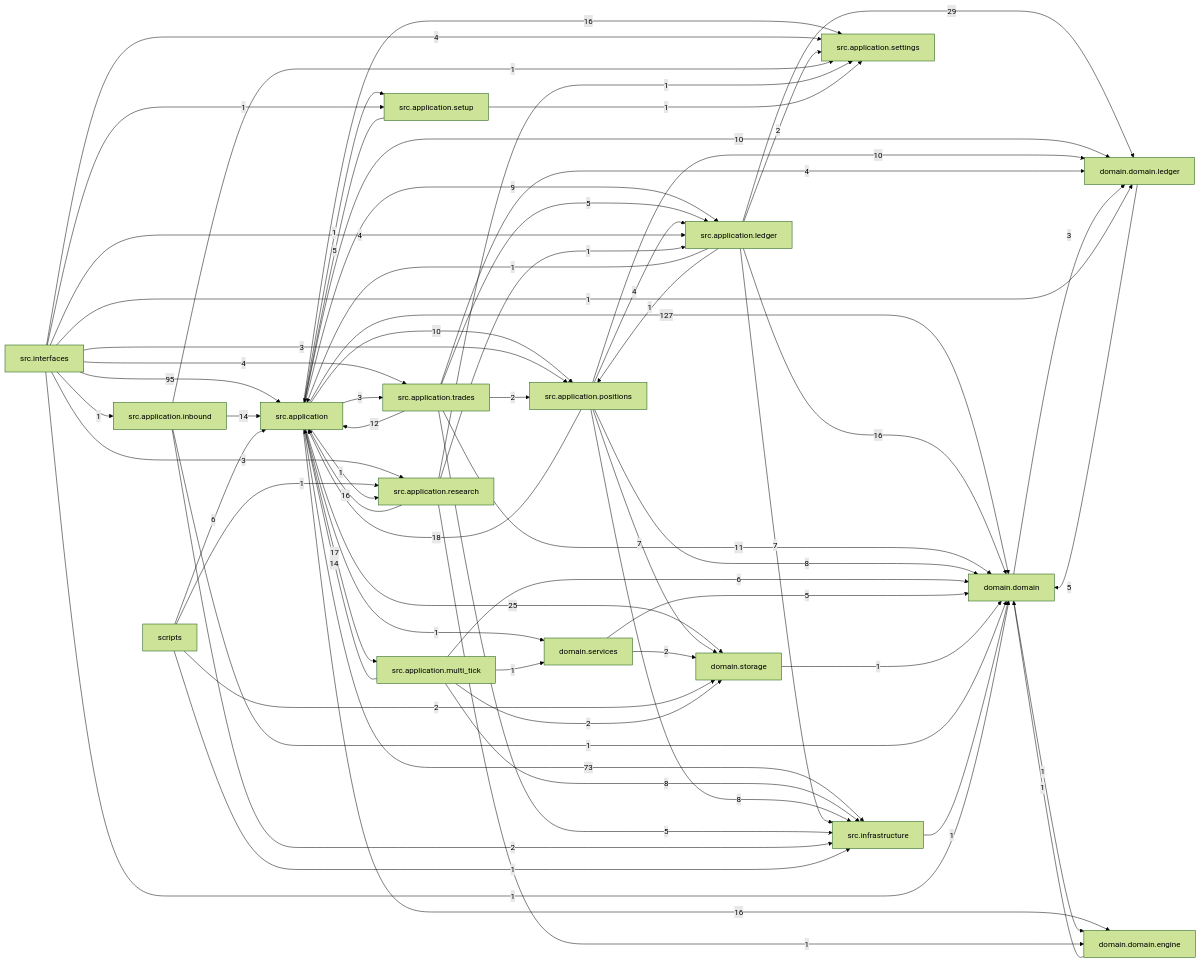
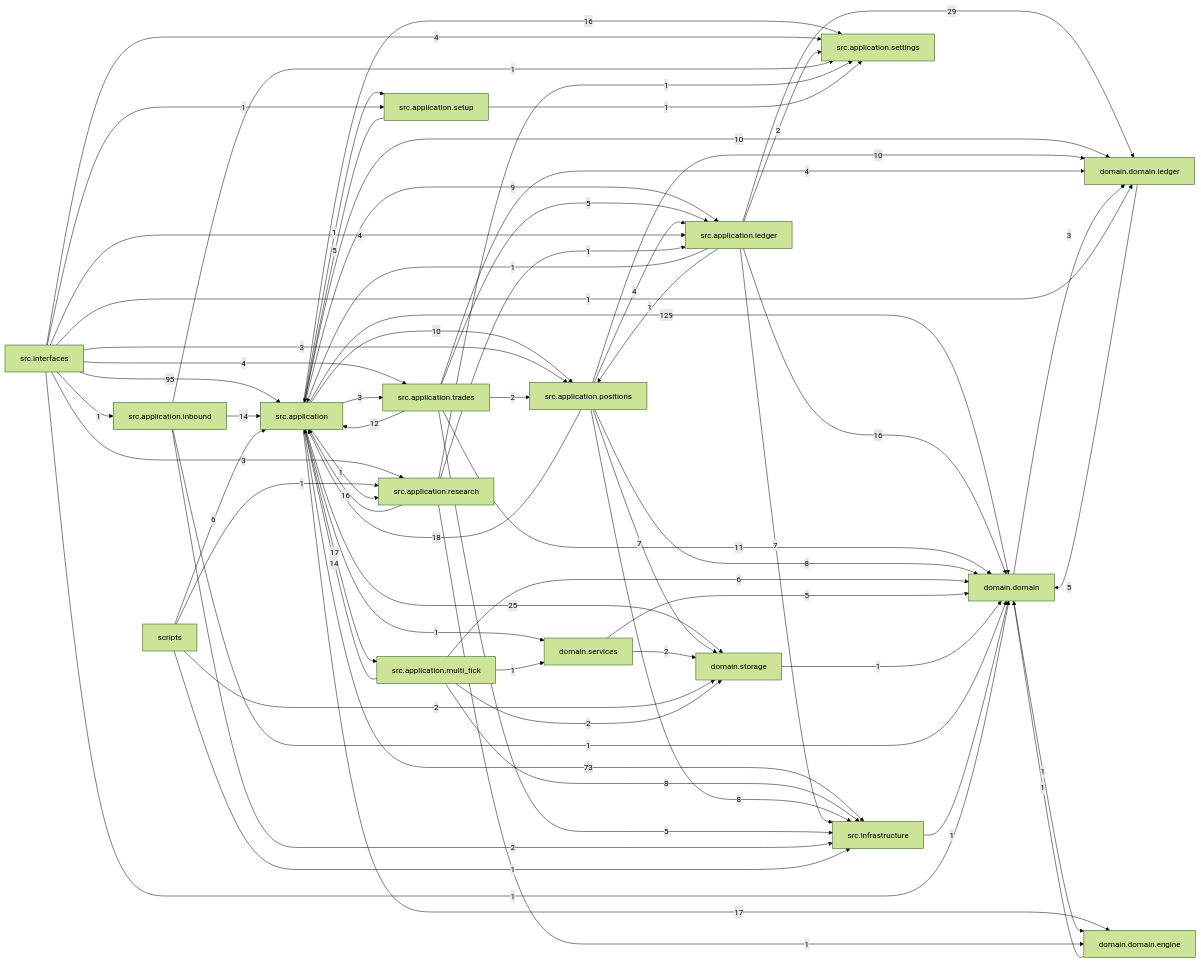
Before and after one commit to liuxie066/options-monitor: the diagram in docs/dependency_graph.mmd, drawn with Mermaid (forest theme). The commit also changed 7 other files, not shown here.

```diff
--- a/docs/dependency_graph.mmd
+++ b/docs/dependency_graph.mmd
@@ -1,69 +1,69 @@
 flowchart LR
-  src_application["src.application"] -->|127| domain_domain["domain.domain"]
+  src_application["src.application"] -->|129| domain_domain["domain.domain"]
   src_interfaces["src.interfaces"] -->|95| src_application["src.application"]
   src_application["src.application"] -->|73| src_infrastructure["src.infrastructure"]
   src_application_ledger["src.application.ledger"] -->|29| domain_domain_ledger["domain.domain.ledger"]
   src_application["src.application"] -->|25| domain_storage["domain.storage"]
   src_application_positions["src.application.positions"] -->|18| src_application["src.application"]
+  src_application["src.application"] -->|17| domain_domain_engine["domain.domain.engine"]
   src_application["src.application"] -->|17| src_application_multi_tick["src.application.multi_tick"]
-  src_application["src.application"] -->|16| domain_domain_engine["domain.domain.engine"]
   src_application["src.application"] -->|16| src_application_settings["src.application.settings"]
   src_application_ledger["src.application.ledger"] -->|16| domain_domain["domain.domain"]
   src_application_research["src.application.research"] -->|16| src_application["src.application"]
   src_application_inbound["src.application.inbound"] -->|14| src_application["src.application"]
   src_application_multi_tick["src.application.multi_tick"] -->|14| src_application["src.application"]
   src_application_trades["src.application.trades"] -->|12| src_application["src.application"]
   src_application_trades["src.application.trades"] -->|11| domain_domain["domain.domain"]
   src_application["src.application"] -->|10| domain_domain_ledger["domain.domain.ledger"]
   src_application["src.application"] -->|10| src_application_positions["src.application.positions"]
   src_application_positions["src.application.positions"] -->|10| domain_domain_ledger["domain.domain.ledger"]
   src_application["src.application"] -->|9| src_application_ledger["src.application.ledger"]
   src_application_multi_tick["src.application.multi_tick"] -->|8| src_infrastructure["src.infrastructure"]
   src_application_positions["src.application.positions"] -->|8| domain_domain["domain.domain"]
   src_application_positions["src.application.positions"] -->|8| src_infrastructure["src.infrastructure"]
   src_application_ledger["src.application.ledger"] -->|7| src_infrastructure["src.infrastructure"]
   src_application_positions["src.application.positions"] -->|7| domain_storage["domain.storage"]
   scripts["scripts"] -->|6| src_application["src.application"]
   src_application_multi_tick["src.application.multi_tick"] -->|6| domain_domain["domain.domain"]
   domain_domain_ledger["domain.domain.ledger"] -->|5| domain_domain["domain.domain"]
   domain_services["domain.services"] -->|5| domain_domain["domain.domain"]
   src_application_setup["src.application.setup"] -->|5| src_application["src.application"]
   src_application_trades["src.application.trades"] -->|5| src_application_ledger["src.application.ledger"]
   src_application_trades["src.application.trades"] -->|5| src_infrastructure["src.infrastructure"]
   src_application_positions["src.application.positions"] -->|4| src_application_ledger["src.application.ledger"]
   src_application_trades["src.application.trades"] -->|4| domain_domain_ledger["domain.domain.ledger"]
   src_interfaces["src.interfaces"] -->|4| src_application_ledger["src.application.ledger"]
   src_interfaces["src.interfaces"] -->|4| src_application_settings["src.application.settings"]
   src_interfaces["src.interfaces"] -->|4| src_application_trades["src.application.trades"]
   domain_domain["domain.domain"] -->|3| domain_domain_ledger["domain.domain.ledger"]
   src_application["src.application"] -->|3| src_application_trades["src.application.trades"]
   src_interfaces["src.interfaces"] -->|3| src_application_positions["src.application.positions"]
   src_interfaces["src.interfaces"] -->|3| src_application_research["src.application.research"]
   domain_services["domain.services"] -->|2| domain_storage["domain.storage"]
   scripts["scripts"] -->|2| domain_storage["domain.storage"]
   src_application_inbound["src.application.inbound"] -->|2| src_infrastructure["src.infrastructure"]
   src_application_ledger["src.application.ledger"] -->|2| src_application_settings["src.application.settings"]
   src_application_multi_tick["src.application.multi_tick"] -->|2| domain_storage["domain.storage"]
   src_application_trades["src.application.trades"] -->|2| src_application_positions["src.application.positions"]
   domain_domain["domain.domain"] -->|1| domain_domain_engine["domain.domain.engine"]
   domain_domain_engine["domain.domain.engine"] -->|1| domain_domain["domain.domain"]
   domain_storage["domain.storage"] -->|1| domain_domain["domain.domain"]
   scripts["scripts"] -->|1| src_application_research["src.application.research"]
   scripts["scripts"] -->|1| src_infrastructure["src.infrastructure"]
   src_application["src.application"] -->|1| domain_services["domain.services"]
   src_application["src.application"] -->|1| src_application_research["src.application.research"]
   src_application["src.application"] -->|1| src_application_setup["src.application.setup"]
   src_application_inbound["src.application.inbound"] -->|1| domain_domain["domain.domain"]
   src_application_inbound["src.application.inbound"] -->|1| src_application_settings["src.application.settings"]
   src_application_ledger["src.application.ledger"] -->|1| src_application["src.application"]
   src_application_ledger["src.application.ledger"] -->|1| src_application_positions["src.application.positions"]
   src_application_multi_tick["src.application.multi_tick"] -->|1| domain_services["domain.services"]
   src_application_research["src.application.research"] -->|1| domain_domain_engine["domain.domain.engine"]
   src_application_research["src.application.research"] -->|1| src_application_ledger["src.application.ledger"]
   src_application_research["src.application.research"] -->|1| src_application_settings["src.application.settings"]
   src_application_setup["src.application.setup"] -->|1| src_application_settings["src.application.settings"]
   src_infrastructure["src.infrastructure"] -->|1| domain_domain["domain.domain"]
   src_interfaces["src.interfaces"] -->|1| domain_domain["domain.domain"]
   src_interfaces["src.interfaces"] -->|1| domain_domain_ledger["domain.domain.ledger"]
   src_interfaces["src.interfaces"] -->|1| src_application_inbound["src.application.inbound"]
   src_interfaces["src.interfaces"] -->|1| src_application_setup["src.application.setup"]
```
